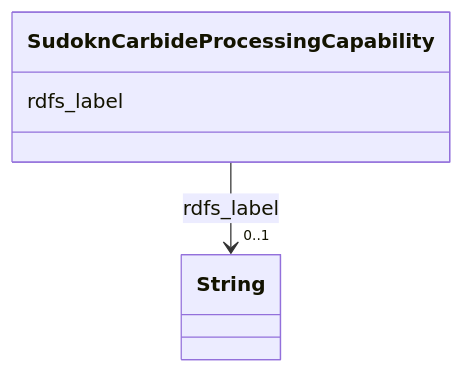
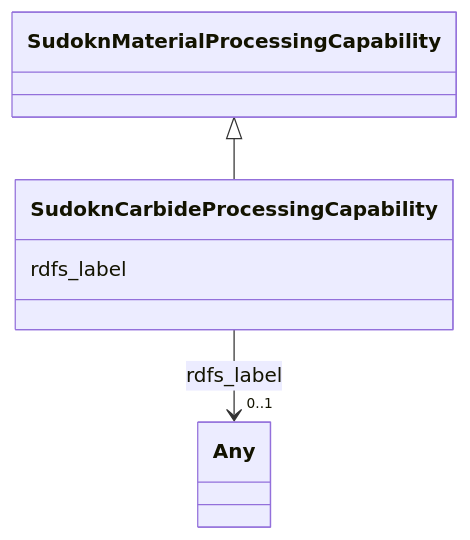
Before and after one commit to frink-okn/graph-descriptions: the diagram in sudokn-kg/classes/SudoknCarbideProcessingCapability.md, drawn with Mermaid. The commit also changed other lines of this file and 903 other files, not shown here.

````diff
--- a/sudokn-kg/classes/SudoknCarbideProcessingCapability.md
+++ b/sudokn-kg/classes/SudoknCarbideProcessingCapability.md
@@ -23,15 +18,18 @@
 ```mermaid
  classDiagram
     class SudoknCarbideProcessingCapability
     click SudoknCarbideProcessingCapability href "../SudoknCarbideProcessingCapability"
+      SudoknMaterialProcessingCapability <|-- SudoknCarbideProcessingCapability
+        click SudoknMaterialProcessingCapability href "../SudoknMaterialProcessingCapability"
+      
       SudoknCarbideProcessingCapability : rdfs_label
         
           
     
     
-    SudoknCarbideProcessingCapability --> "0..1" String : rdfs_label
-    click String href "../String"
+    SudoknCarbideProcessingCapability --> "0..1" Any : rdfs_label
+    click Any href "../Any"
 
         
       
 ```
````
